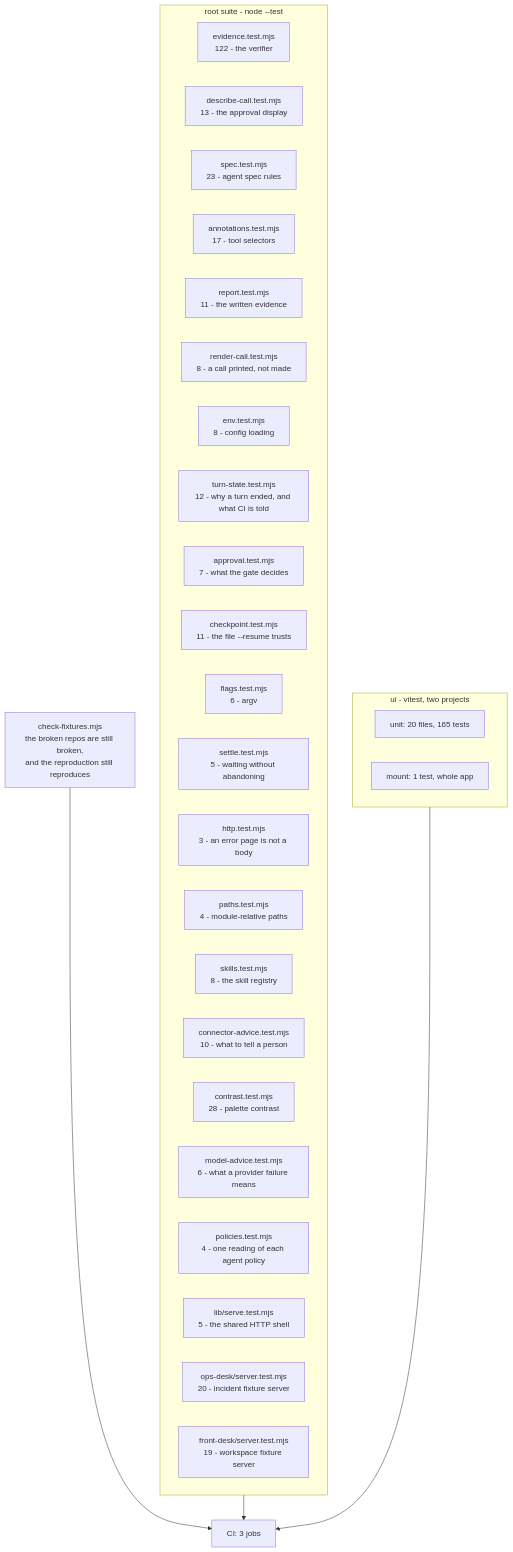
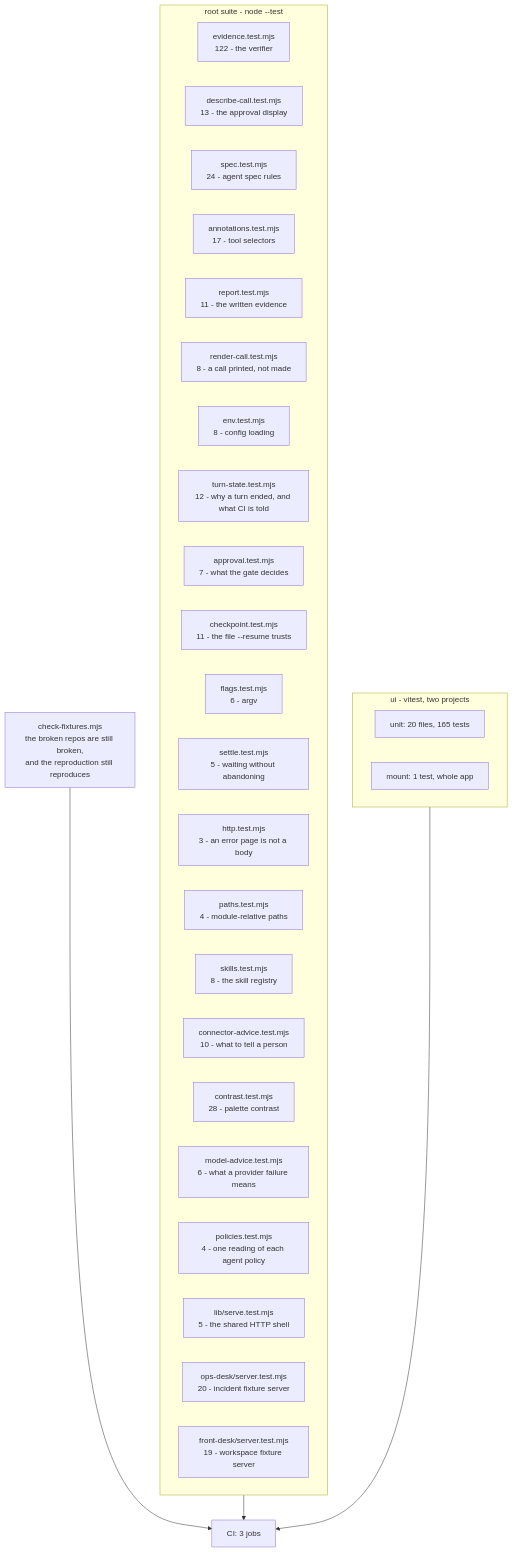
The diagram in TESTING.md (manumishra12/quartermaster), drawn with Mermaid before and after one commit. The commit also changed other lines of this file and 4 other files, not shown here.

````diff
--- a/TESTING.md
+++ b/TESTING.md
@@ -30,38 +30,38 @@
 ```mermaid
 flowchart TD
   subgraph root["root suite - node --test"]
     EV["evidence.test.mjs<br/>122 - the verifier"]
     DC["describe-call.test.mjs<br/>13 - the approval display"]
-    SP["spec.test.mjs<br/>23 - agent spec rules"]
+    SP["spec.test.mjs<br/>24 - agent spec rules"]
     AN["annotations.test.mjs<br/>17 - tool selectors"]
     RP["report.test.mjs<br/>11 - the written evidence"]
     RC["render-call.test.mjs<br/>8 - a call printed, not made"]
     EN["env.test.mjs<br/>8 - config loading"]
     TS["turn-state.test.mjs<br/>12 - why a turn ended, and what CI is told"]
     AP["approval.test.mjs<br/>7 - what the gate decides"]
     CK["checkpoint.test.mjs<br/>11 - the file --resume trusts"]
     FL["flags.test.mjs<br/>6 - argv"]
     ST["settle.test.mjs<br/>5 - waiting without abandoning"]
     HT["http.test.mjs<br/>3 - an error page is not a body"]
     PA["paths.test.mjs<br/>4 - module-relative paths"]
     SK["skills.test.mjs<br/>8 - the skill registry"]
     CA["connector-advice.test.mjs<br/>10 - what to tell a person"]
     CO["contrast.test.mjs<br/>28 - palette contrast"]
     MA["model-advice.test.mjs<br/>6 - what a provider failure means"]
     PO["policies.test.mjs<br/>4 - one reading of each agent policy"]
     SV["lib/serve.test.mjs<br/>5 - the shared HTTP shell"]
     OD["ops-desk/server.test.mjs<br/>20 - incident fixture server"]
     FD["front-desk/server.test.mjs<br/>19 - workspace fixture server"]
   end
 
   subgraph ui["ui - vitest, two projects"]
     U1["unit: 20 files, 165 tests"]
     U2["mount: 1 test, whole app"]
   end
 
   FX["check-fixtures.mjs<br/>the broken repos are still broken,<br/>and the reproduction still reproduces"]
 
   root --> CI["CI: 3 jobs"]
   ui --> CI
   FX --> CI
 ```
````
